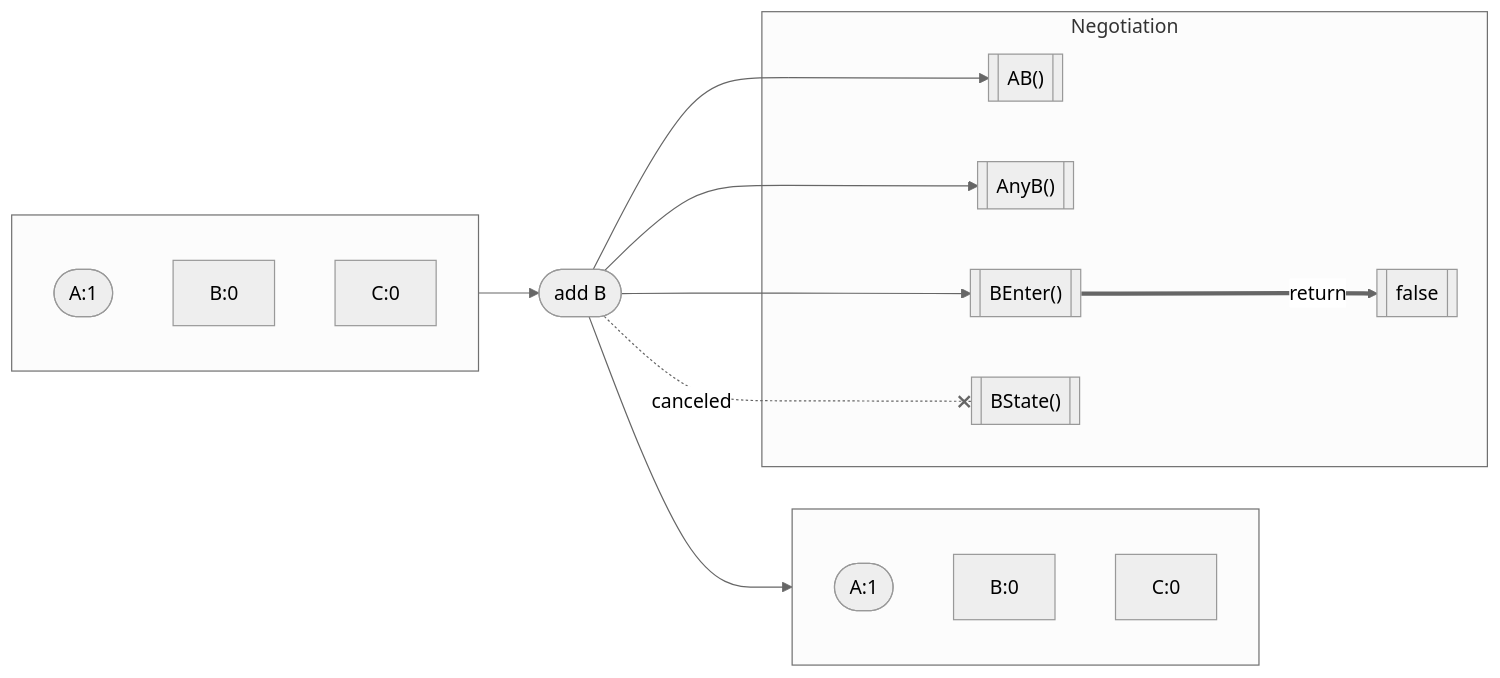
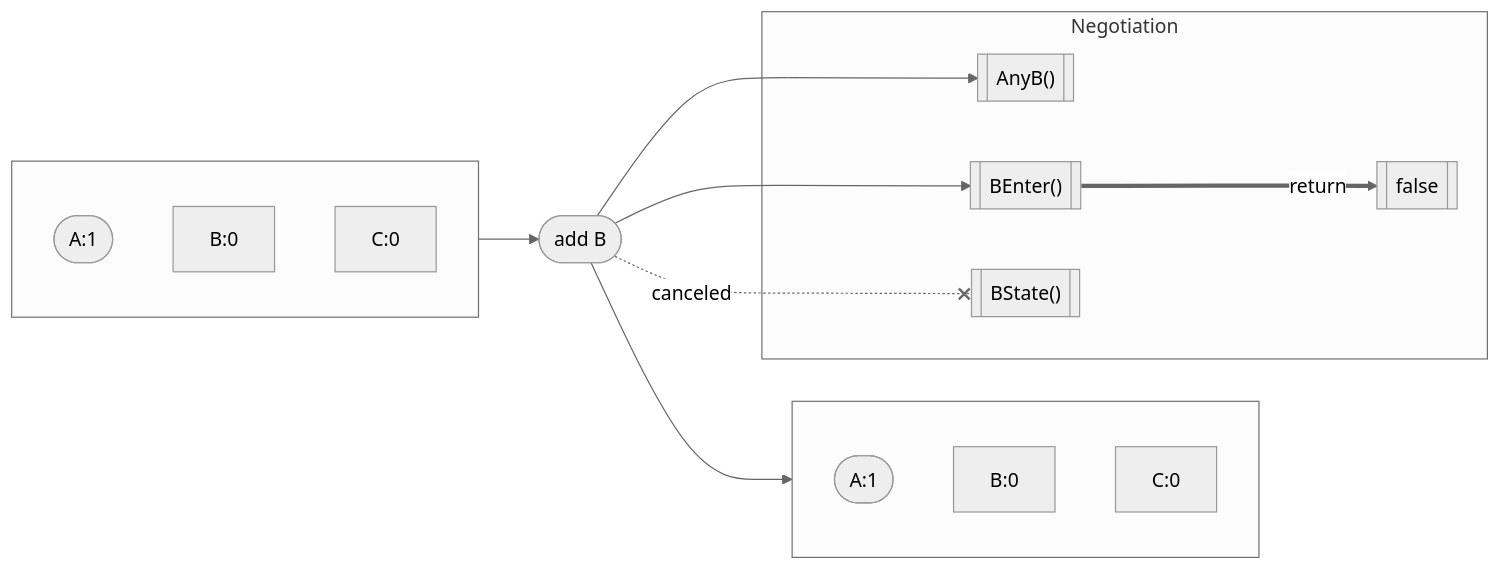
One commit to pancsta/asyncmachine-go changed the seventh of 12 diagrams in docs/diagrams.md. Above: the diagram before and after it, drawn with Mermaid (neutral theme). The commit also changed other lines of this file and 2 other files, not shown here.

Commit message:
chore: update readmes

````diff
--- a/docs/diagrams.md
+++ b/docs/diagrams.md
@@ -190,28 +188,26 @@
 ```mermaid
 flowchart LR
     subgraph NegotiationBefore[ ]
         A1([A:1])
         B1[B:0]
         C1[C:0]
     end
     subgraph NegotiationAfter[ ]
         A2([A:1])
         B2[B:0]
         C2[C:0]
     end
     NegotiationMutation([add B])
     NegotiationBefore --> NegotiationMutation
     NegotiationMutation --> NegotiationAfter
-    NegotiationMutation --> AB
     NegotiationMutation --> AnyB
     NegotiationMutation --> BEnter
     BEnter == return ==> false
     NegotiationMutation -. canceled .-x BState
     subgraph Negotiation
         false[[false]]
-        AB[["AB()"]]
         AnyB[["AnyB()"]]
         BEnter[["BEnter()"]]
         BState[["BState()"]]
     end
 ```
````
